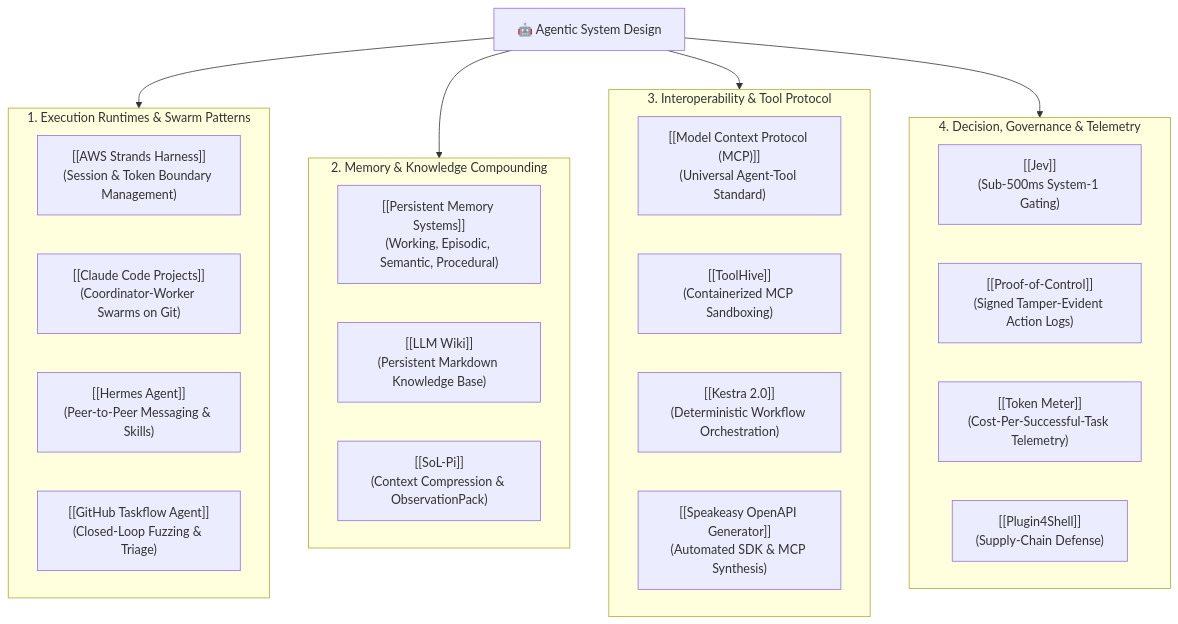
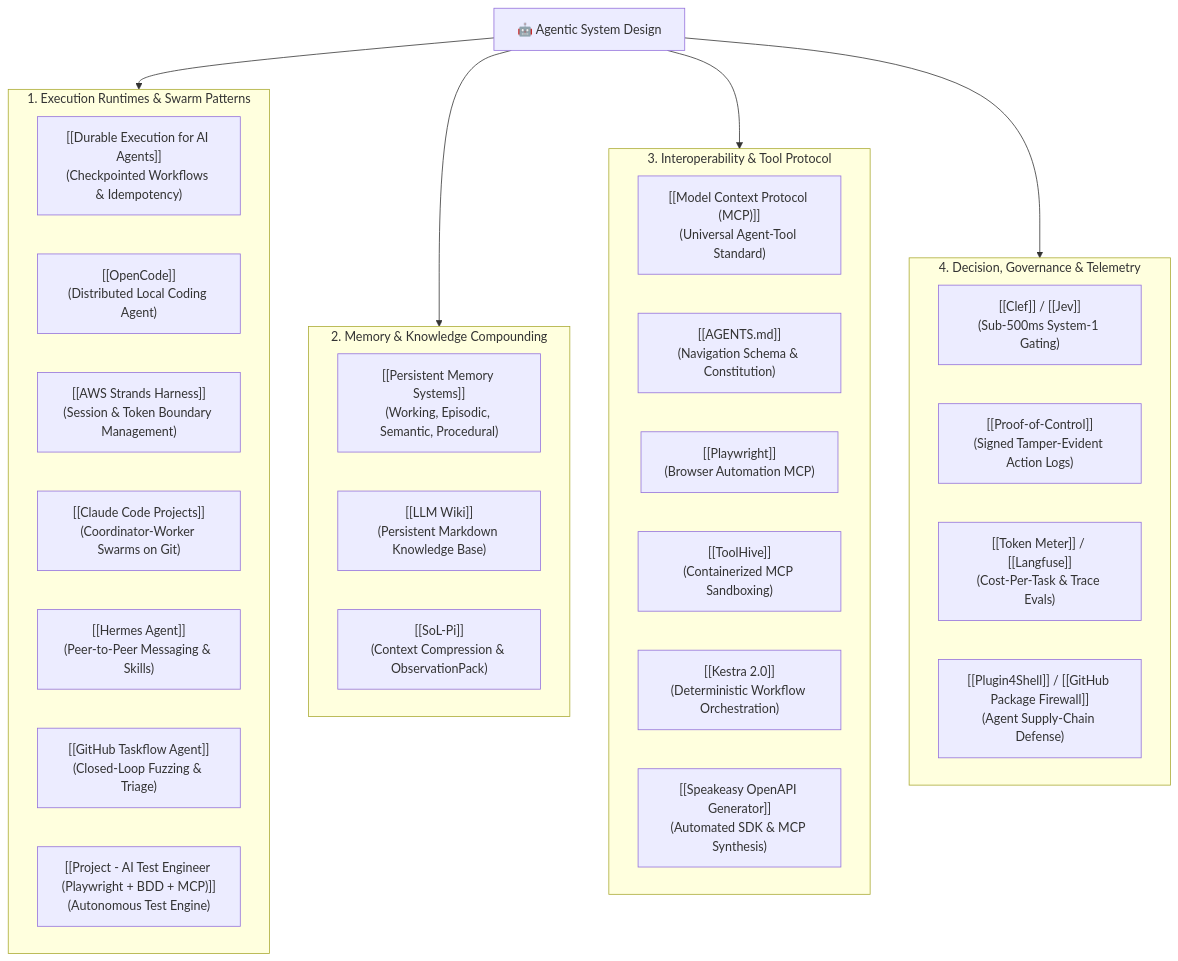
One commit to ashishcas/opensourceAI changed the diagram in MOC - Agentic System Design.md. Above: the diagram before and after it, drawn with Mermaid. The commit also changed other lines of this file and 28 other files, not shown here.

````diff
--- a/MOC - Agentic System Design.md
+++ b/MOC - Agentic System Design.md
@@ -29,33 +29,38 @@
 ```mermaid
 flowchart TD
     ASD["🤖 Agentic System Design"]
     
     subgraph ExecutionPlane ["1. Execution Runtimes & Swarm Patterns"]
+        Durable["[[Durable Execution for AI Agents]]\n(Checkpointed Workflows & Idempotency)"]
+        OpenCode["[[OpenCode]]\n(Distributed Local Coding Agent)"]
         Strands["[[AWS Strands Harness]]\n(Session & Token Boundary Management)"]
         Claude["[[Claude Code Projects]]\n(Coordinator-Worker Swarms on Git)"]
         Hermes["[[Hermes Agent]]\n(Peer-to-Peer Messaging & Skills)"]
         Taskflow["[[GitHub Taskflow Agent]]\n(Closed-Loop Fuzzing & Triage)"]
+        AITE["[[Project - AI Test Engineer (Playwright + BDD + MCP)]]\n(Autonomous Test Engine)"]
     end
 
     subgraph MemoryPlane ["2. Memory & Knowledge Compounding"]
         PMS["[[Persistent Memory Systems]]\n(Working, Episodic, Semantic, Procedural)"]
         Wiki["[[LLM Wiki]]\n(Persistent Markdown Knowledge Base)"]
         SolPi["[[SoL-Pi]]\n(Context Compression & ObservationPack)"]
     end
 
     subgraph ProtocolPlane ["3. Interoperability & Tool Protocol"]
         MCP["[[Model Context Protocol (MCP)]]\n(Universal Agent-Tool Standard)"]
+        Agents["[[AGENTS.md]]\n(Navigation Schema & Constitution)"]
+        PW["[[Playwright]]\n(Browser Automation MCP)"]
         ToolHive["[[ToolHive]]\n(Containerized MCP Sandboxing)"]
         Kestra["[[Kestra 2.0]]\n(Deterministic Workflow Orchestration)"]
         Speakeasy["[[Speakeasy OpenAPI Generator]]\n(Automated SDK & MCP Synthesis)"]
     end
 
     subgraph ControlPlane ["4. Decision, Governance & Telemetry"]
-        Jev["[[Jev]]\n(Sub-500ms System-1 Gating)"]
+        Clef["[[Clef]] / [[Jev]]\n(Sub-500ms System-1 Gating)"]
         PoC["[[Proof-of-Control]]\n(Signed Tamper-Evident Action Logs)"]
-        TM["[[Token Meter]]\n(Cost-Per-Successful-Task Telemetry)"]
-        P4S["[[Plugin4Shell]]\n(Supply-Chain Defense)"]
+        TM["[[Token Meter]] / [[Langfuse]]\n(Cost-Per-Task & Trace Evals)"]
+        P4S["[[Plugin4Shell]] / [[GitHub Package Firewall]]\n(Agent Supply-Chain Defense)"]
     end
 
     ASD --> ExecutionPlane & MemoryPlane & ProtocolPlane & ControlPlane
 ```
````
